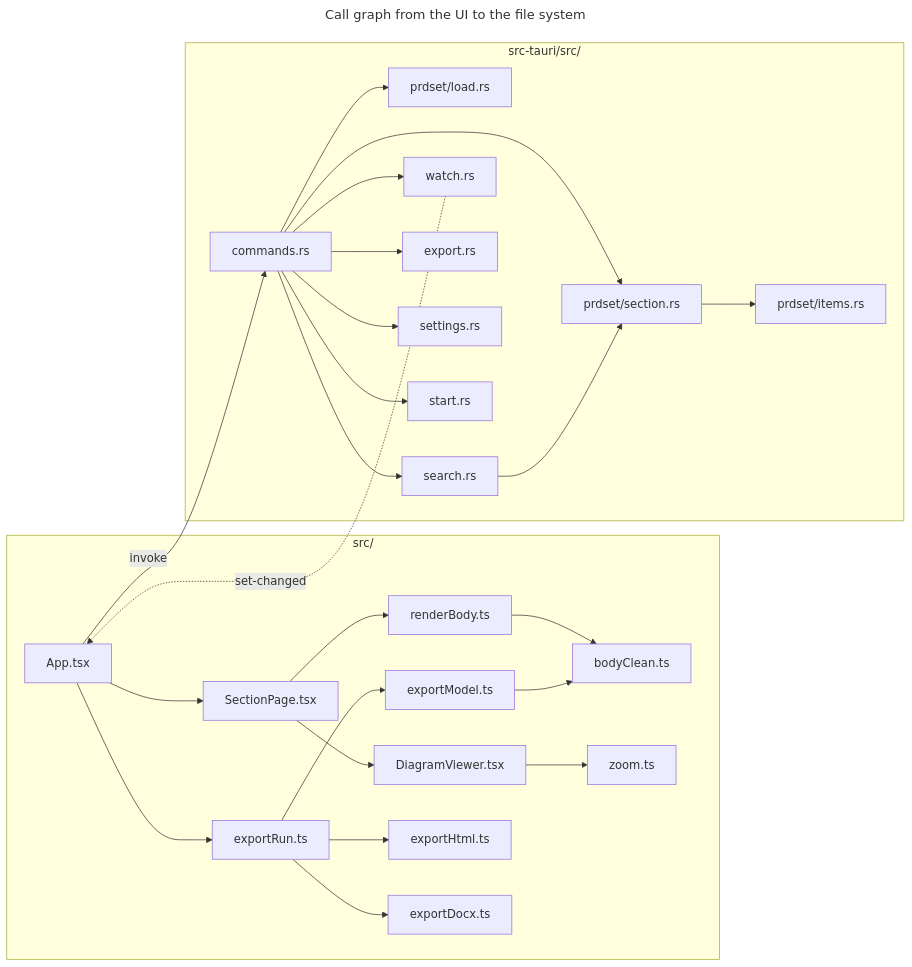
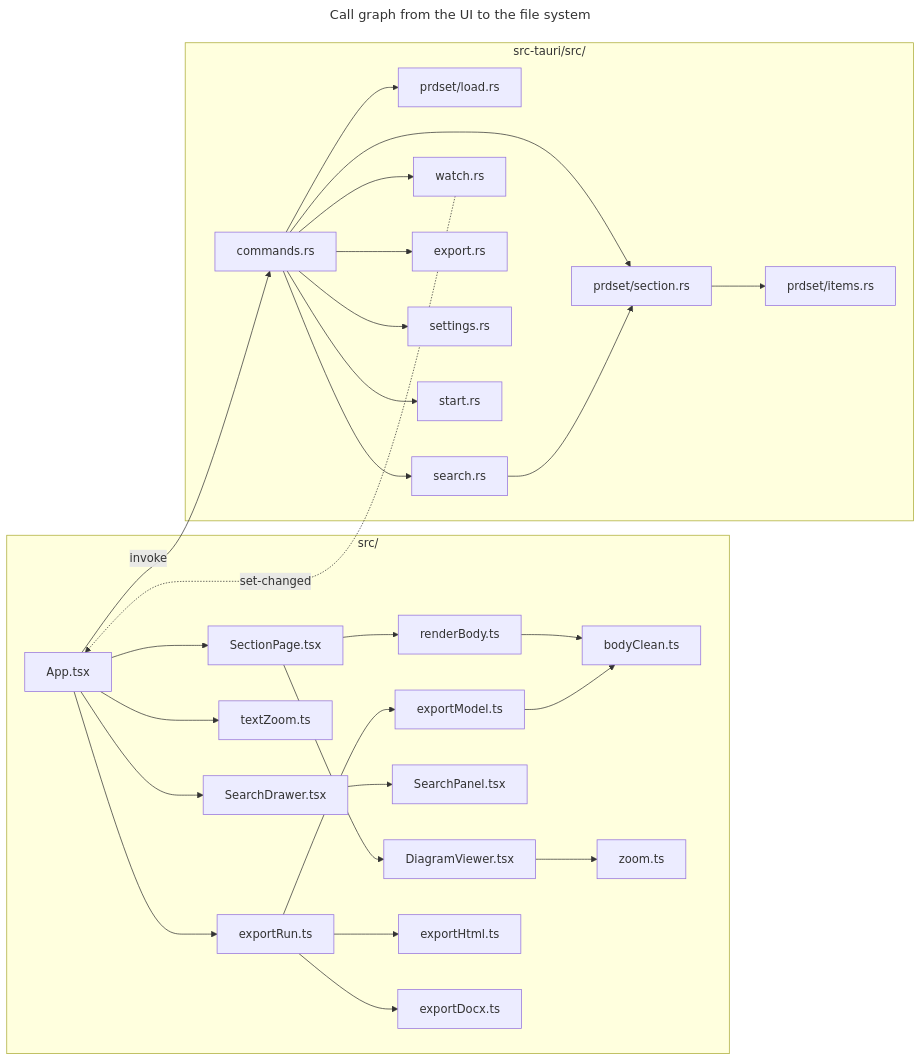
The diagram in docs/designs/current_code_walkthrough.md (SpillwaveSolutions/prd-forge-viewer), drawn with Mermaid before and after one commit. The commit also changed other lines of this file and 8 other files, not shown here.

````diff
--- a/docs/designs/current_code_walkthrough.md
+++ b/docs/designs/current_code_walkthrough.md
@@ -60,43 +64,48 @@
 ```mermaid
 ---
 title: Call graph from the UI to the file system
 ---
 flowchart LR
     subgraph ui[src/]
         App[App.tsx]
         SP[SectionPage.tsx]
         RB[renderBody.ts]
         BC[bodyClean.ts]
         DV[DiagramViewer.tsx]
         Z[zoom.ts]
+        SD[SearchDrawer.tsx]
+        SPn[SearchPanel.tsx]
+        TZ[textZoom.ts]
         ER[exportRun.ts]
         EM[exportModel.ts]
         EH[exportHtml.ts]
         ED[exportDocx.ts]
     end
     subgraph rs[src-tauri/src/]
         C[commands.rs]
         L[prdset/load.rs]
         S[prdset/section.rs]
         I[prdset/items.rs]
         Q[search.rs]
         W[watch.rs]
         X[export.rs]
         ST[settings.rs]
         SV[start.rs]
     end
     App -->|invoke| C
     App --> SP --> RB --> BC
     SP --> DV --> Z
+    App --> SD --> SPn
+    App --> TZ
     App --> ER --> EM --> BC
     ER --> EH
     ER --> ED
     C --> L
     C --> S --> I
     C --> Q --> S
     C --> W
     C --> X
     C --> ST
     C --> SV
     W -.->|set-changed| App
 ```
````
